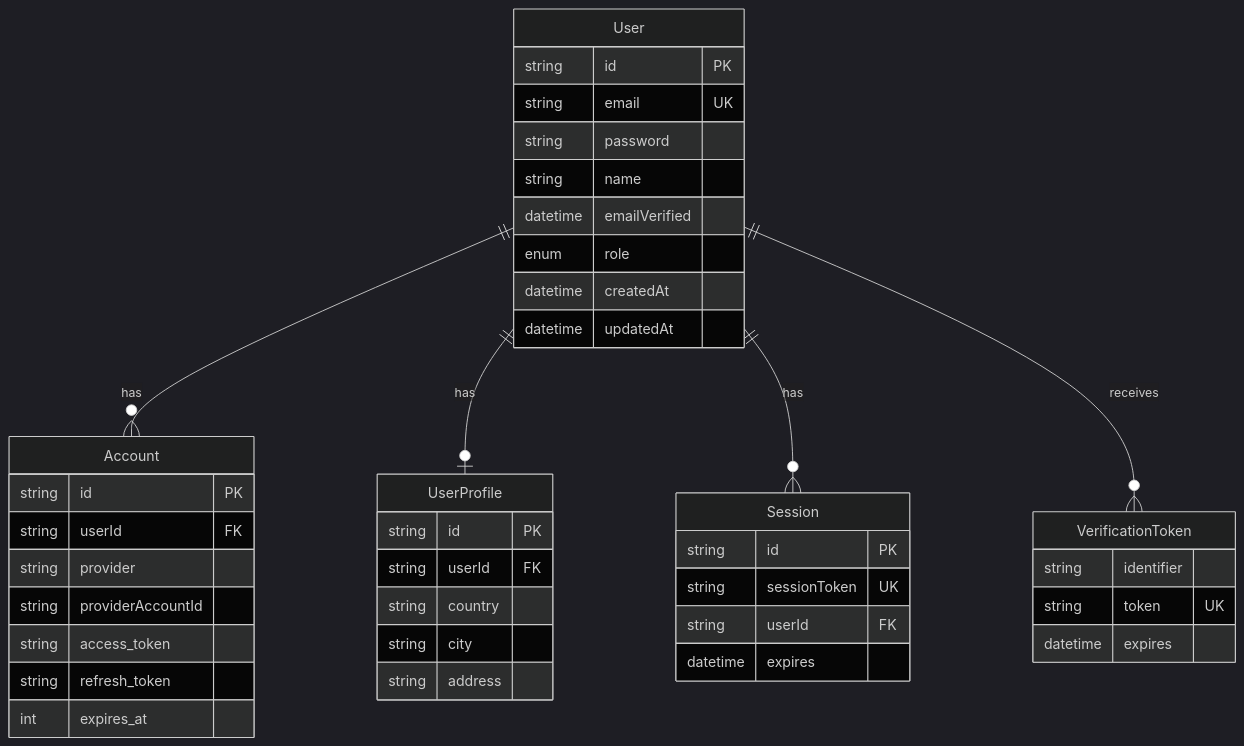
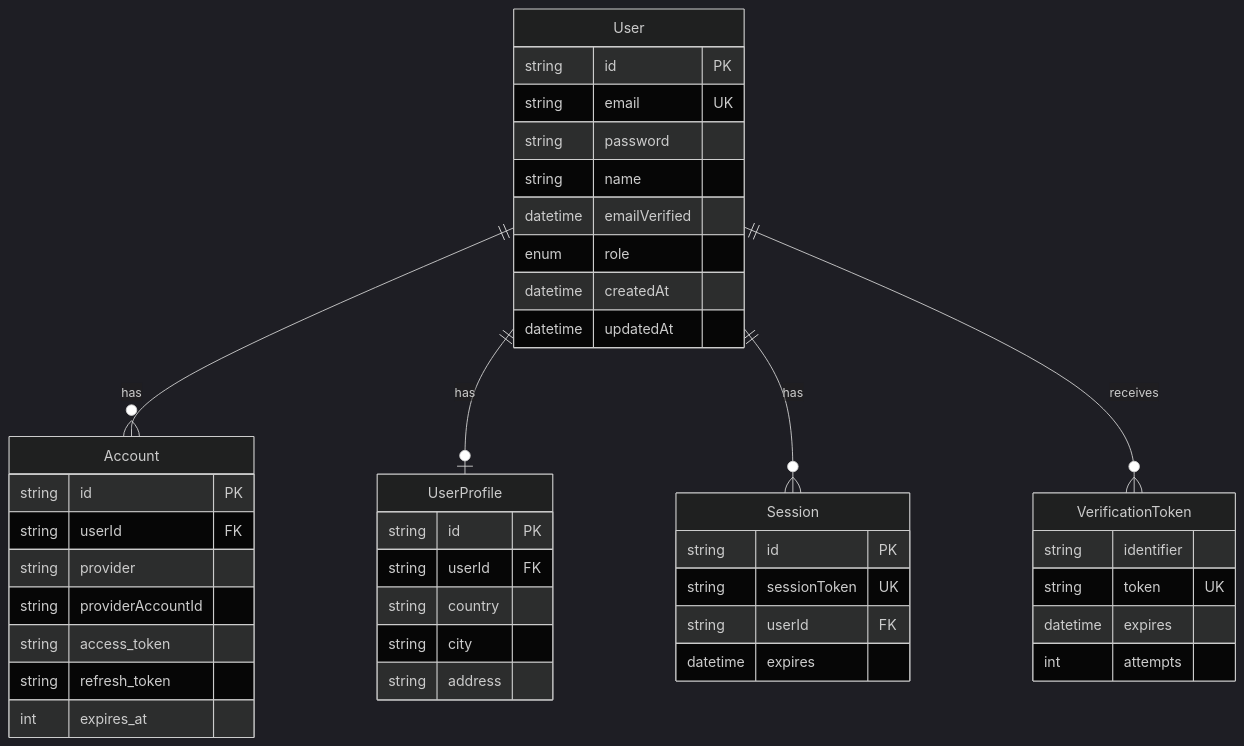
Diagram 11 of 15 in docs/ARCHITECTURE.md (manumu-studio/auth-manumu-studio), drawn with Mermaid (dark theme) before and after one commit. The commit also changed other lines of this file and 29 other files, not shown here.

````diff
--- a/docs/ARCHITECTURE.md
+++ b/docs/ARCHITECTURE.md
@@ -273,49 +276,50 @@
 ```mermaid
 erDiagram
     User ||--o{ Account : has
     User ||--o| UserProfile : has
     User ||--o{ Session : has
     User ||--o{ VerificationToken : "receives"
 
     User {
         string id PK
         string email UK
         string password
         string name
         datetime emailVerified
         enum role
         datetime createdAt
         datetime updatedAt
     }
 
     Account {
         string id PK
         string userId FK
         string provider
         string providerAccountId
         string access_token
         string refresh_token
         int expires_at
     }
 
     Session {
         string id PK
         string sessionToken UK
         string userId FK
         datetime expires
     }
 
     VerificationToken {
         string identifier
         string token UK
         datetime expires
+        int attempts
     }
 
     UserProfile {
         string id PK
         string userId FK
         string country
         string city
         string address
     }
 ```
````
